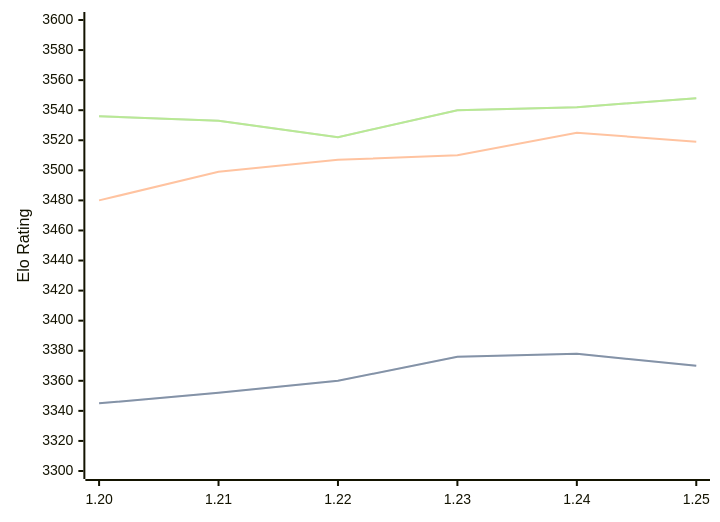
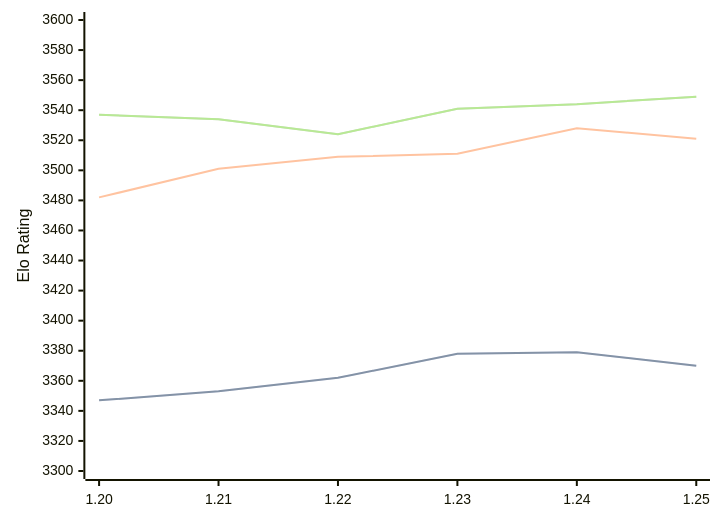
The diagram in engines/Caissa.md (computer-chess-index/cci), drawn with Mermaid before and after one commit. The commit also changed other lines of this file, not shown here.

Commit message:
Update CCI Ratings (ELO VLTC) - 2026-08-09

````diff
--- a/engines/Caissa.md
+++ b/engines/Caissa.md
@@ -36,11 +36,11 @@
 ```mermaid
 %%{init: {"theme":"base","themeVariables":{"seriesColors:['#a3a3a3','#222221','#faa371']}}}%%
 xychart-beta
   x-axis ["1.20", "1.21", "1.22", "1.23", "1.24", "1.25"]
   y-axis "Elo Rating" 3300 --> 3600
-  line "STC (8.0+0.08s)" [3345, 3352, 3360, 3376, 3378, 3370]
-  line "STC (8.0+0.08s)" [3345, 3352, 3360, 3376, 3378, 3370]
-  line "LTC (60.0+0.60s)" [3480, 3499, 3507, 3510, 3525, 3519]
-  line "VLTC (2m24s+1.12s)" [3536, 3533, 3522, 3540, 3542, 3548]
-  line "VLTC (2m24s+1.12s)" [3536, 3533, 3522, 3540, 3542, 3548]
+  line "STC (8.0+0.08s)" [3347, 3353, 3362, 3378, 3379, 3370]
+  line "STC (8.0+0.08s)" [3347, 3353, 3362, 3378, 3379, 3370]
+  line "LTC (60.0+0.60s)" [3482, 3501, 3509, 3511, 3528, 3521]
+  line "VLTC (2m24s+1.12s)" [3537, 3534, 3524, 3541, 3544, 3549]
+  line "VLTC (2m24s+1.12s)" [3537, 3534, 3524, 3541, 3544, 3549]
 ```
````
